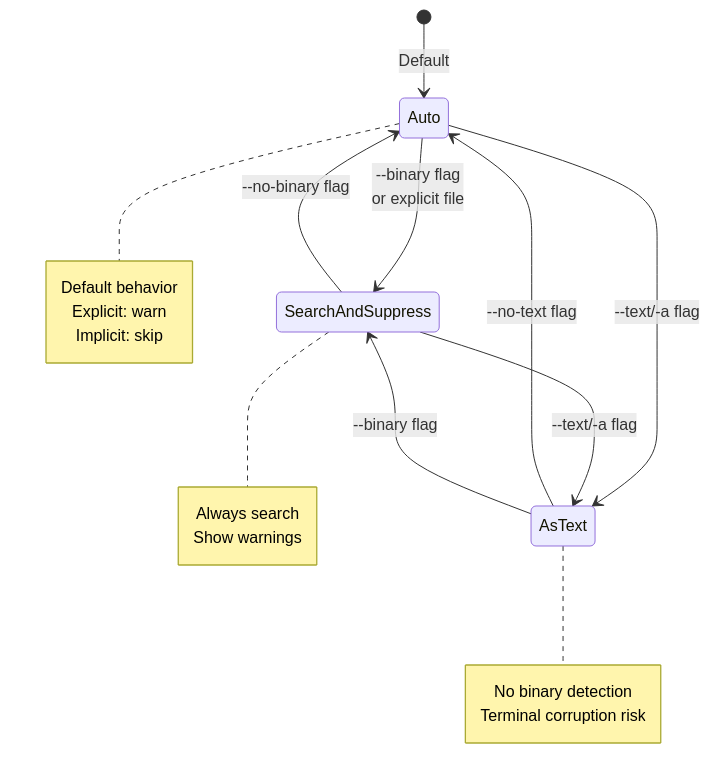
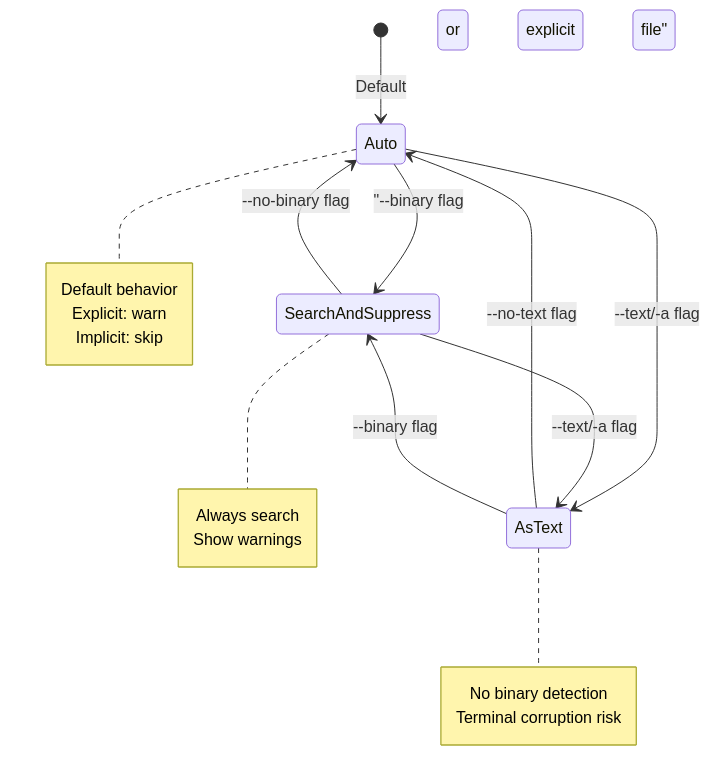
The first of 2 diagrams in docs/binary-data/flags.md (iepathos/ripgrep), drawn with Mermaid before and after one commit. The commit also changed other lines of this file and 49 other files, not shown here.

First line of the commit message:
fix: replace HTML tags in Mermaid diagrams with proper syntax

````diff
--- a/docs/binary-data/flags.md
+++ b/docs/binary-data/flags.md
@@ -17,26 +17,27 @@
 ```mermaid
 stateDiagram-v2
     [*] --> Auto: Default
-    Auto --> SearchAndSuppress: --binary flag<br/>or explicit file
+    Auto --> SearchAndSuppress: "--binary flag
+or explicit file"
     Auto --> AsText: --text/-a flag
     SearchAndSuppress --> Auto: --no-binary flag
     AsText --> Auto: --no-text flag
     SearchAndSuppress --> AsText: --text/-a flag
     AsText --> SearchAndSuppress: --binary flag
 
     note right of Auto
         Default behavior
         Explicit: warn
         Implicit: skip
     end note
 
     note right of SearchAndSuppress
         Always search
         Show warnings
     end note
 
     note right of AsText
         No binary detection
         Terminal corruption risk
     end note
 ```
````
